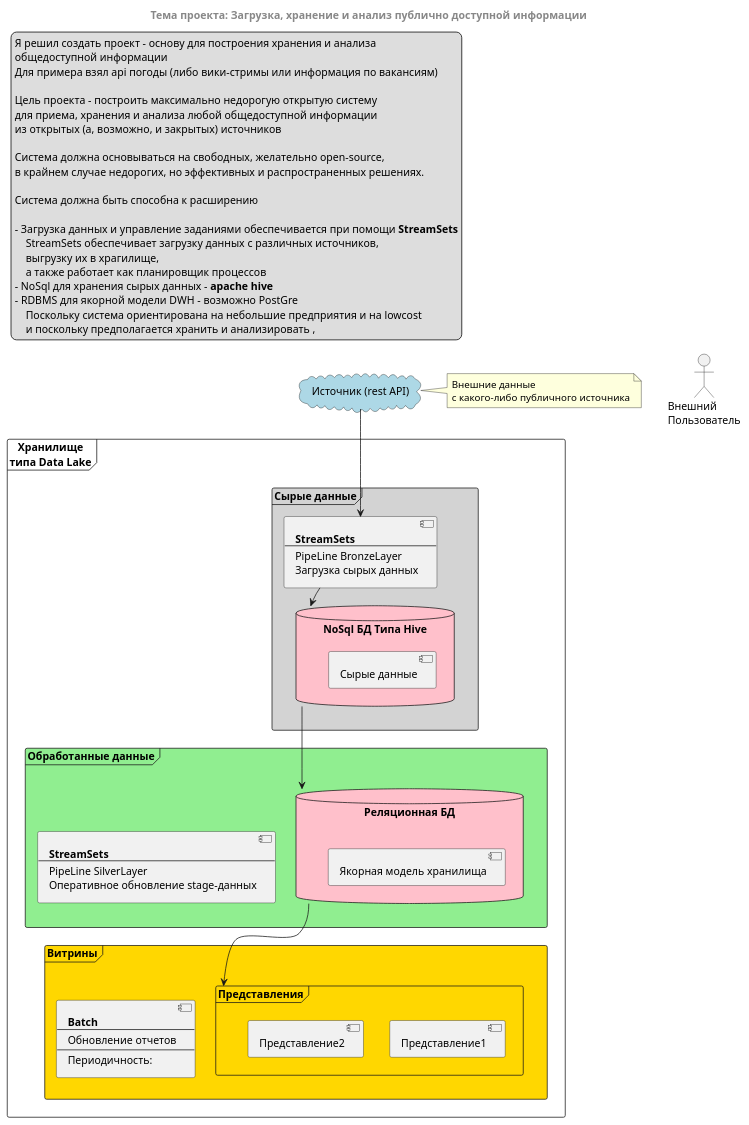
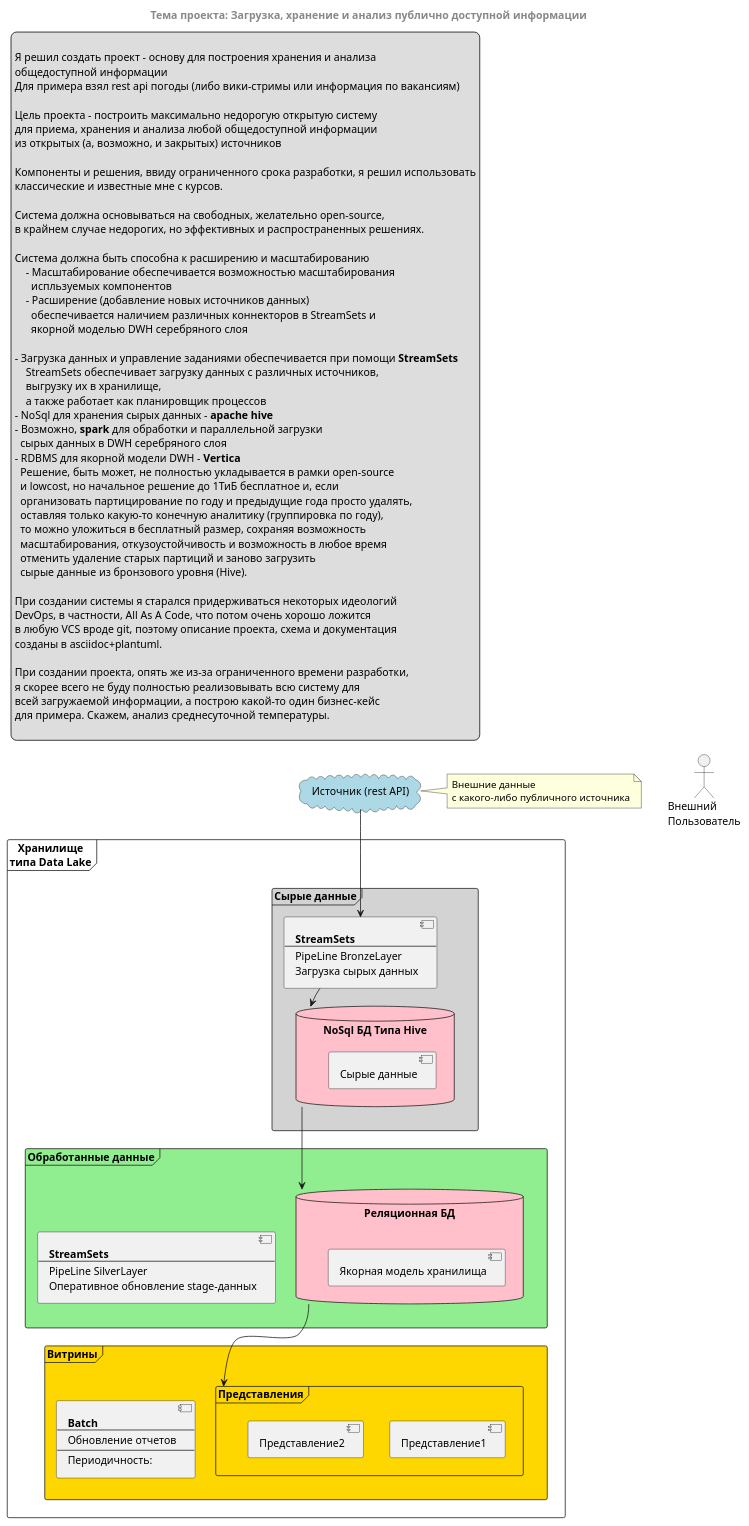
Before and after one commit to tol2000/dataengineerclub: the diagram in project/schema.plantuml, drawn with PlantUML.

Commit message:
initial tech specs

```diff
--- a/project/schema.plantuml
+++ b/project/schema.plantuml
@@ -1,103 +1,131 @@
 @startuml Схема процесса
 
 skinparam ComponentStyle uml2
 
 ' left to right direction
 ' top to bottom direction
 
 centerheader
 = Тема проекта: Загрузка, хранение и анализ публично доступной информации
 endheader
 
 legend top left
+
     Я решил создать проект - основу для построения хранения и анализа
     общедоступной информации
-    Для примера взял api погоды (либо вики-стримы или информация по вакансиям)
+    Для примера взял rest api погоды (либо вики-стримы или информация по вакансиям)
 
     Цель проекта - построить максимально недорогую открытую систему
     для приема, хранения и анализа любой общедоступной информации
     из открытых (а, возможно, и закрытых) источников
 
+    Компоненты и решения, ввиду ограниченного срока разработки, я решил использовать
+    классические и известные мне с курсов.
+
     Система должна основываться на свободных, желательно open-source,
     в крайнем случае недорогих, но эффективных и распространенных решениях.
 
-    Система должна быть способна к расширению
+    Система должна быть способна к расширению и масштабированию
+        - Масштабирование обеспечивается возможностью масштабирования
+          испльзуемых компонентов
+        - Расширение (добавление новых источников данных)
+          обеспечивается наличием различных коннекторов в StreamSets и
+          якорной моделью DWH серебряного слоя
 
     - Загрузка данных и управление заданиями обеспечивается при помощи **StreamSets**
         StreamSets обеспечивает загрузку данных с различных источников,
-        выгрузку их в храгилище,
+        выгрузку их в хранилище,
         а также работает как планировщик процессов
     - NoSql для хранения сырых данных - **apache hive**
-    - RDBMS для якорной модели DWH - возможно PostGre
-        Поскольку система ориентирована на небольшие предприятия и на lowcost
-        и поскольку предполагается хранить и анализировать ,
+    - Возможно, **spark** для обработки и параллельной загрузки
+      сырых данных в DWH серебряного слоя
+    - RDBMS для якорной модели DWH - **Vertica**
+      Решение, быть может, не полностью укладывается в рамки open-source
+      и lowcost, но начальное решение до 1ТиБ бесплатное и, если
+      организовать партицирование по году и предыдущие года просто удалять,
+      оставляя только какую-то конечную аналитику (группировка по году),
+      то можно уложиться в бесплатный размер, сохраняя возможность
+      масштабирования, откузоустойчивость и возможность в любое время
+      отменить удаление старых партиций и заново загрузить
+      сырые данные из бронзового уровня (Hive).
+
+    При создании системы я старался придерживаться некоторых идеологий
+    DevOps, в частности, All As A Code, что потом очень хорошо ложится
+    в любую VCS вроде git, поэтому описание проекта, схема и документация
+    созданы в asciidoc+plantuml.
+
+    При создании проекта, опять же из-за ограниченного времени разработки,
+    я скорее всего не буду полностью реализовывать всю систему для
+    всей загружаемой информации, а построю какой-то один бизнес-кейс
+    для примера. Скажем, анализ среднесуточной температуры.
+
 endlegend
 
 cloud "Источник (rest API)" as cloud_source #LightBlue {
 }
 
 note right of cloud_source
     Внешние данные
     с какого-либо публичного источника
 end note
 
 Actor "Внешний\nПользователь" as extuser
 
 frame "Хранилище\nтипа Data Lake" as frame_dlstor {
 
     frame "Витрины" as frame_dlstor_dm #Gold {
         frame "Представления" as views_dm {
             component report_1 [
                 Представление1
             ]
             component report_2 [
                 Представление2
             ]
         }
         component batch_dm_refresh [
             **Batch**
             ----
             Обновление отчетов
             ----
             Периодичность: 
         ]
     }
 
     frame "Обработанные данные" as frame_dlstor_stage #LightGreen {
         database "Реляционная БД\n" as db_stage #Pink {
             component anchor_model_dwh [
                 Якорная модель хранилища
             ]
         }
         component batch_stage_refresh [
             **StreamSets**
             ----
             PipeLine SilverLayer
             Оперативное обновление stage-данных
         ]
     }
 
     frame "Сырые данные" as frame_dlstor_raw #LightGray {
         database "NoSql БД Типа Hive" as db_raw #Pink {
             component raw_data [
                 Сырые данные
             ]
         }
         component batch_raw_load [
             **StreamSets**
             ----
             PipeLine BronzeLayer
             Загрузка сырых данных
         ]
     }
 
     cloud_source --> batch_raw_load
     batch_raw_load --> db_raw
 
     db_raw --> db_stage
 
     db_stage --> views_dm
 
 
 }
 @enduml
```
